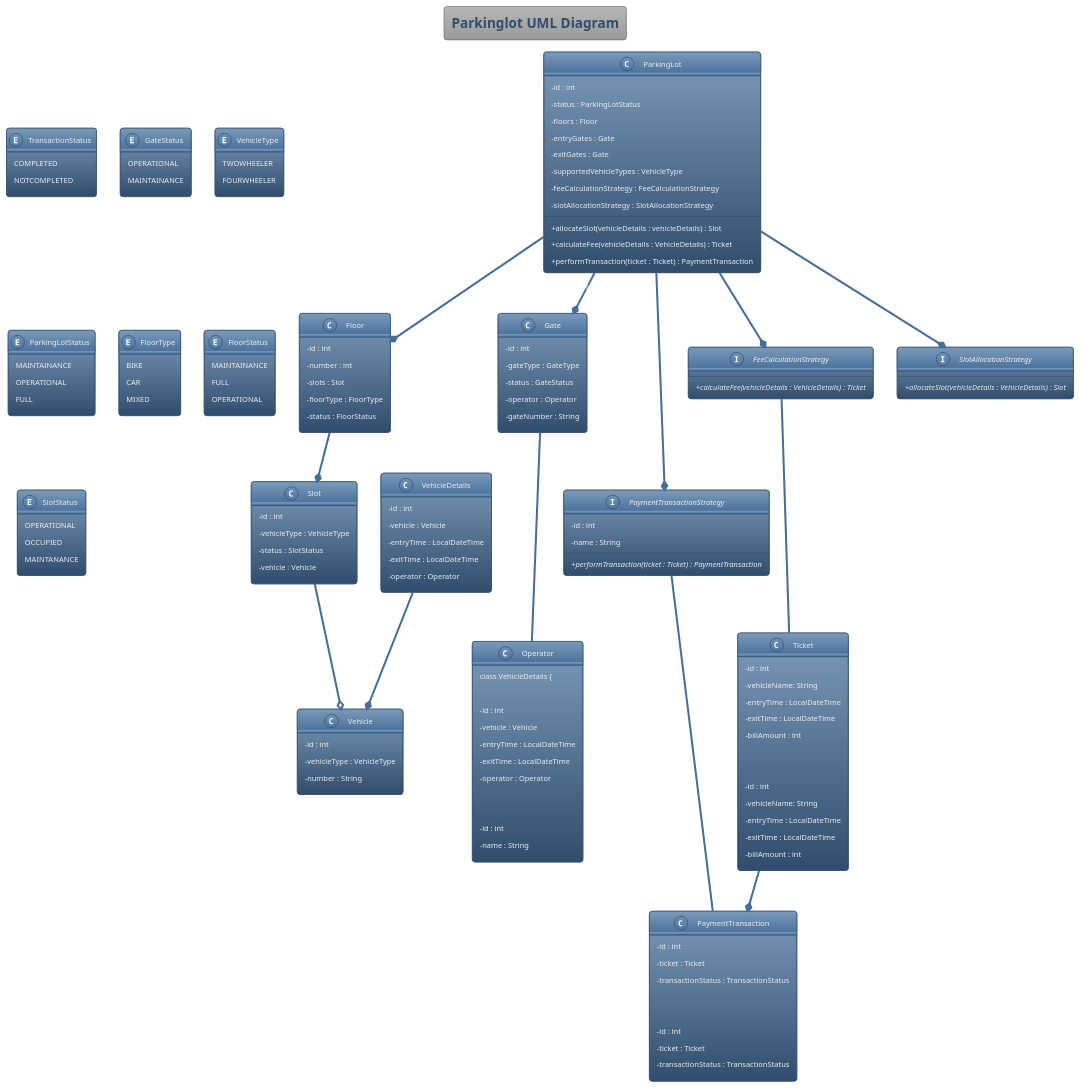
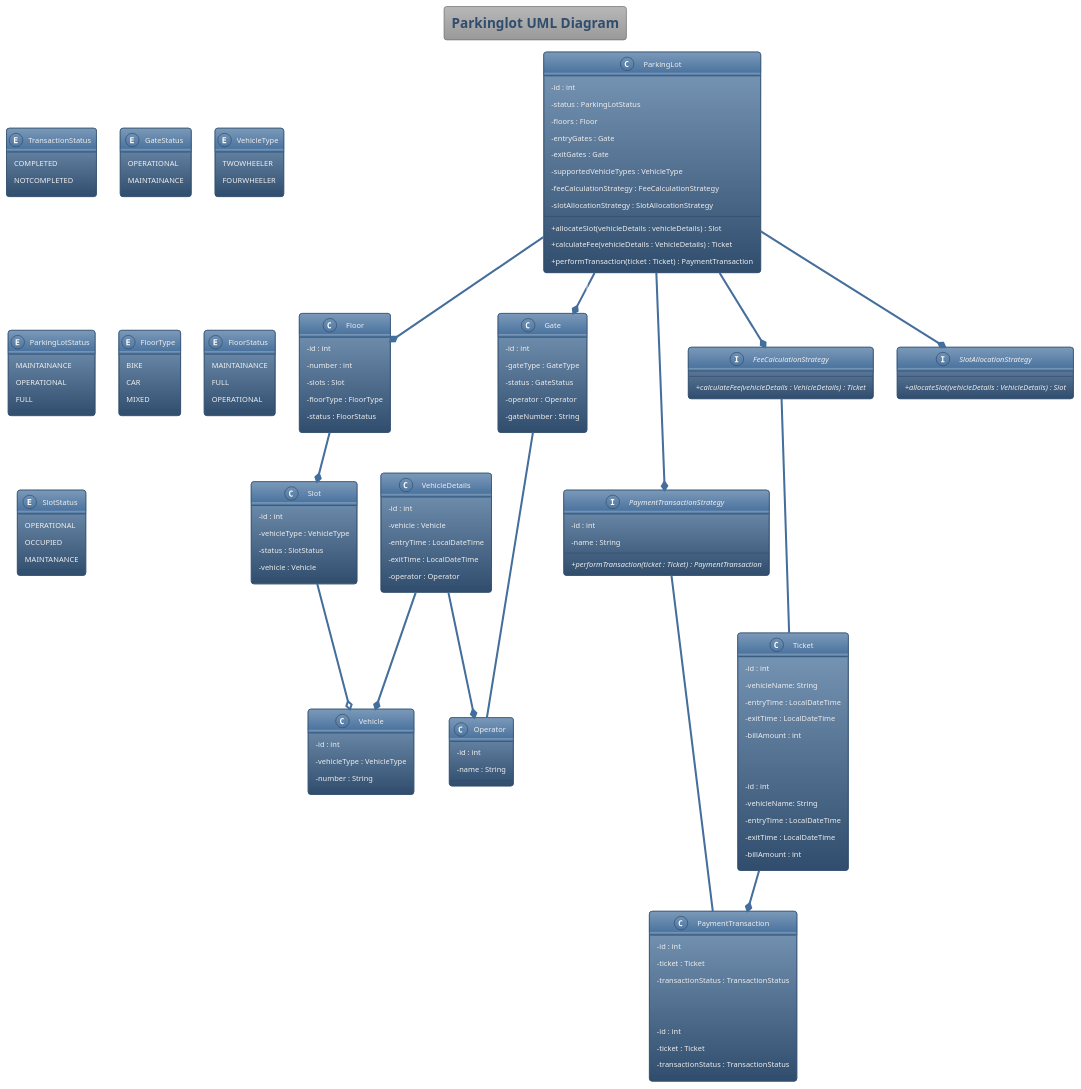
The diagram in umldiagrams/parkinglot.plantuml (mandalavijaysurya/lld-practice), drawn with PlantUML before and after one commit. The commit also changed 1 other file, not shown here.

Commit message:
Correct uml diagram

```diff
--- a/umldiagrams/parkinglot.plantuml
+++ b/umldiagrams/parkinglot.plantuml
@@ -63,17 +63,6 @@
 	- entryTime : LocalDateTime
 	- exitTime : LocalDateTime
 	- operator : Operator
-
-}
-
-class Operator {
-class VehicleDetails {
-
-    - id : int
-    - vehicle : Vehicle
-    - entryTime : LocalDateTime
-    - exitTime : LocalDateTime
-    - operator : Operator
 
 }
 
@@ -205,6 +194,8 @@
 Gate --- Operator
 
 VehicleDetails --* Vehicle
+VehicleDetails --* Operator
+
 Ticket --* PaymentTransaction
 
 FeeCalculationStrategy --- Ticket
```
